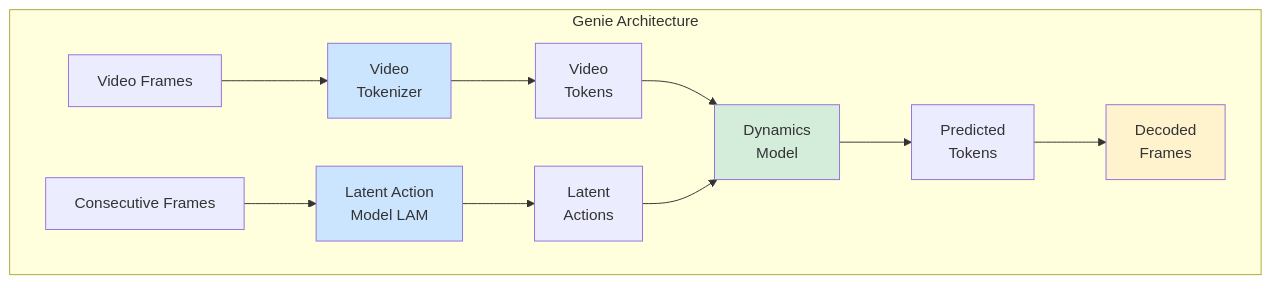
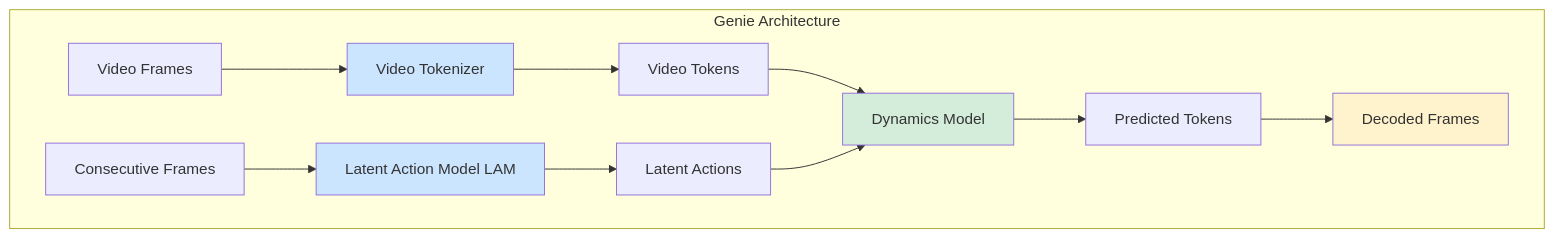
Before and after one commit to ParamThakkar123/torchwm: the diagram in docs/source/genie.md, drawn with Mermaid. The commit also changed 5 other files, not shown here.

Commit message:
Prevent Mermaid diagrams from rerendering as errors

````diff
--- a/docs/source/genie.md
+++ b/docs/source/genie.md
@@ -21,18 +21,18 @@
 ```{mermaid}
-graph TD
-    subgraph genie_architecture["Genie Architecture"]
-        A["Video Frames"] --> B["Video<br/>Tokenizer"]
-        B --> C["Video<br/>Tokens"]
-        C --> D["Dynamics<br/>Model"]
-        E["Consecutive Frames"] --> F["Latent Action<br/>Model LAM"]
-        F --> G["Latent<br/>Actions"]
+flowchart TD
+    subgraph genie_architecture [Genie Architecture]
+        A[Video Frames] --> B[Video Tokenizer]
+        B --> C[Video Tokens]
+        C --> D[Dynamics Model]
+        E[Consecutive Frames] --> F[Latent Action Model LAM]
+        F --> G[Latent Actions]
         G --> D
-        D --> H["Predicted<br/>Tokens"]
-        H --> I["Decoded<br/>Frames"]
+        D --> H[Predicted Tokens]
+        H --> I[Decoded Frames]
     end
 
     style B fill:#cce5ff
     style F fill:#cce5ff
     style D fill:#d4edda
     style I fill:#fff3cd
 ```
````
